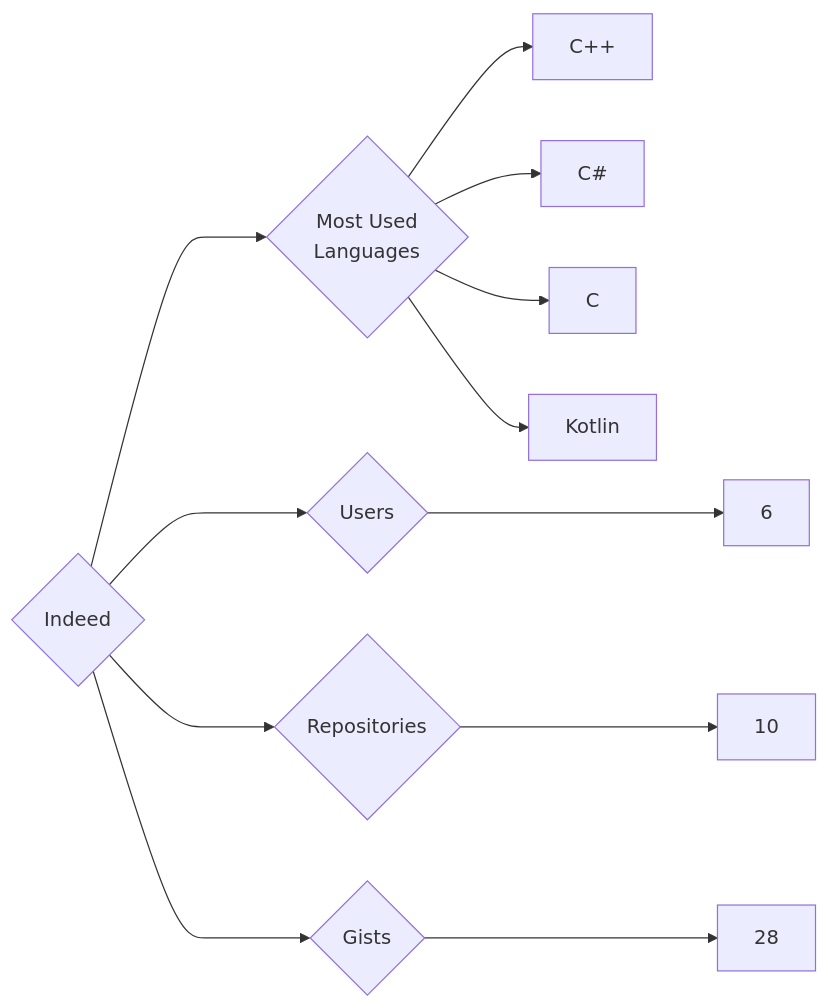
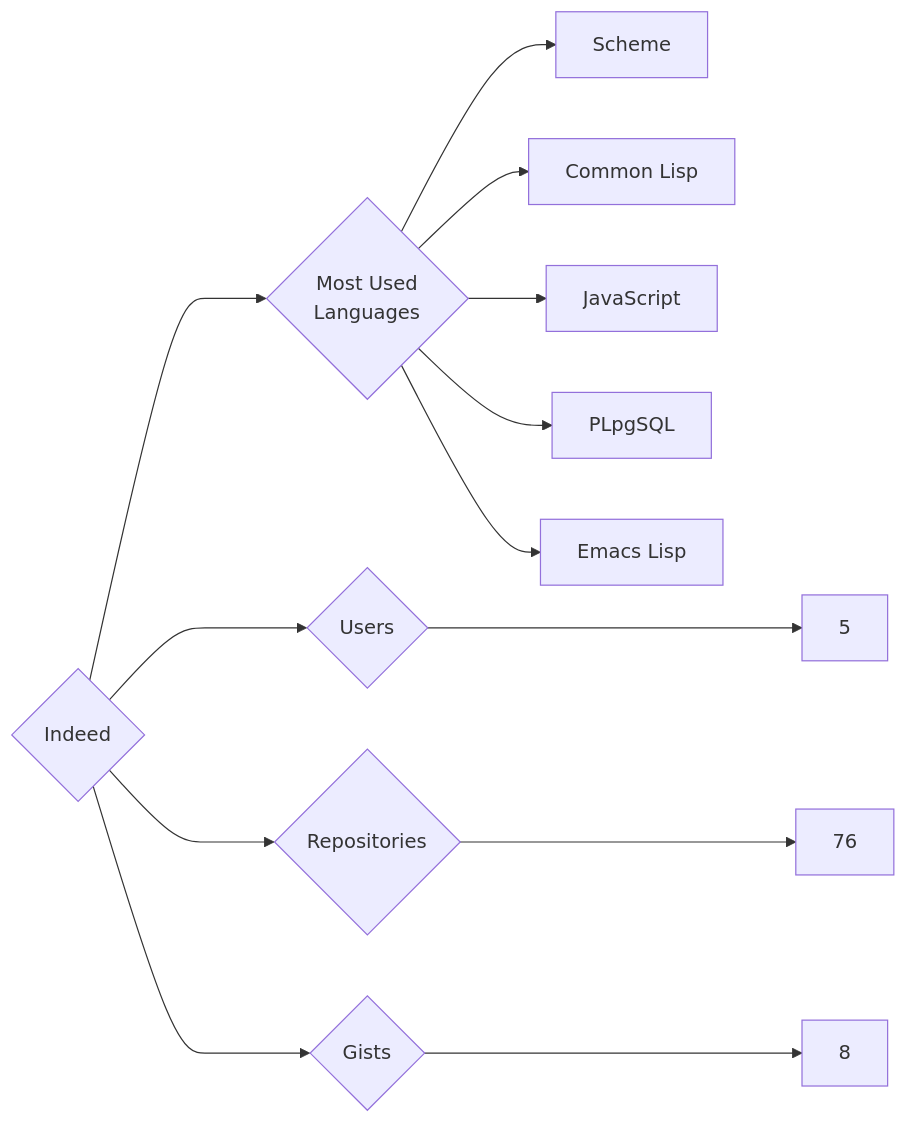
One commit to trickest/insiders changed the diagram in targets/Indeed/README.md. Above: the diagram before and after it, drawn with Mermaid. The commit also changed 1055 other files, not shown here.

````diff
--- a/targets/Indeed/README.md
+++ b/targets/Indeed/README.md
@@ -3,12 +3,13 @@
 ```mermaid
 graph LR
 COMPANY_NAME{Indeed}
-COMPANY_NAME ---> U{Users} ---> UN[6]
-COMPANY_NAME ---> R{Repositories} ---> RN[10]
-COMPANY_NAME ---> G{Gists} ---> GN[28]
+COMPANY_NAME ---> U{Users} ---> UN[5]
+COMPANY_NAME ---> R{Repositories} ---> RN[76]
+COMPANY_NAME ---> G{Gists} ---> GN[8]
 COMPANY_NAME ---> ML{Most Used<br>Languages}
-ML --> C++[C++]
-ML --> C#[C#]
-ML --> C[C]
-ML --> Kotlin[Kotlin]
+ML --> Scheme[Scheme]
+ML --> Common_Lisp[Common Lisp]
+ML --> JavaScript[JavaScript]
+ML --> PLpgSQL[PLpgSQL]
+ML --> Emacs_Lisp[Emacs Lisp]
 ```
````
